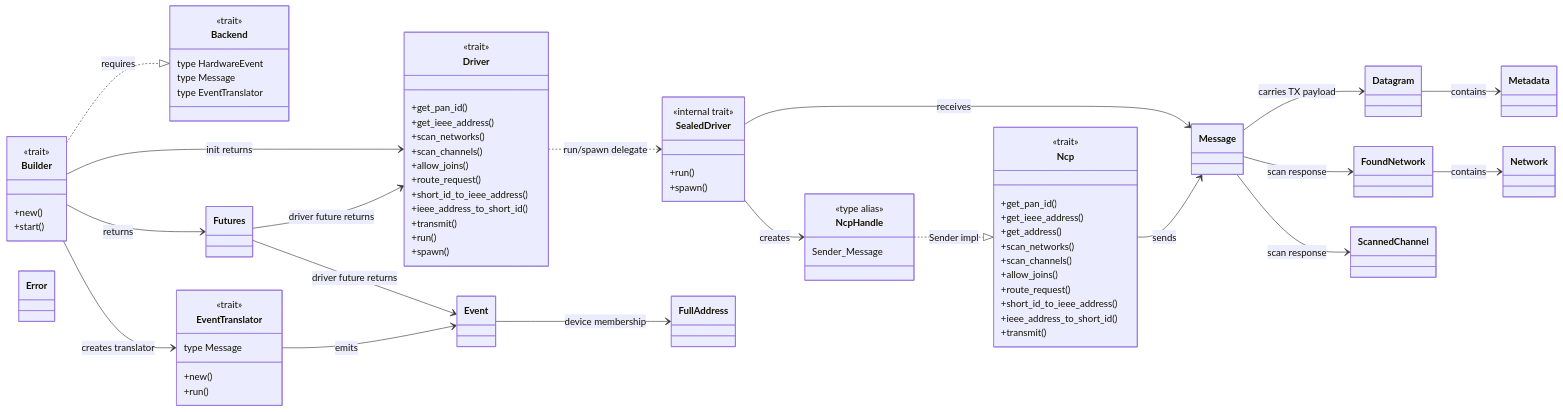
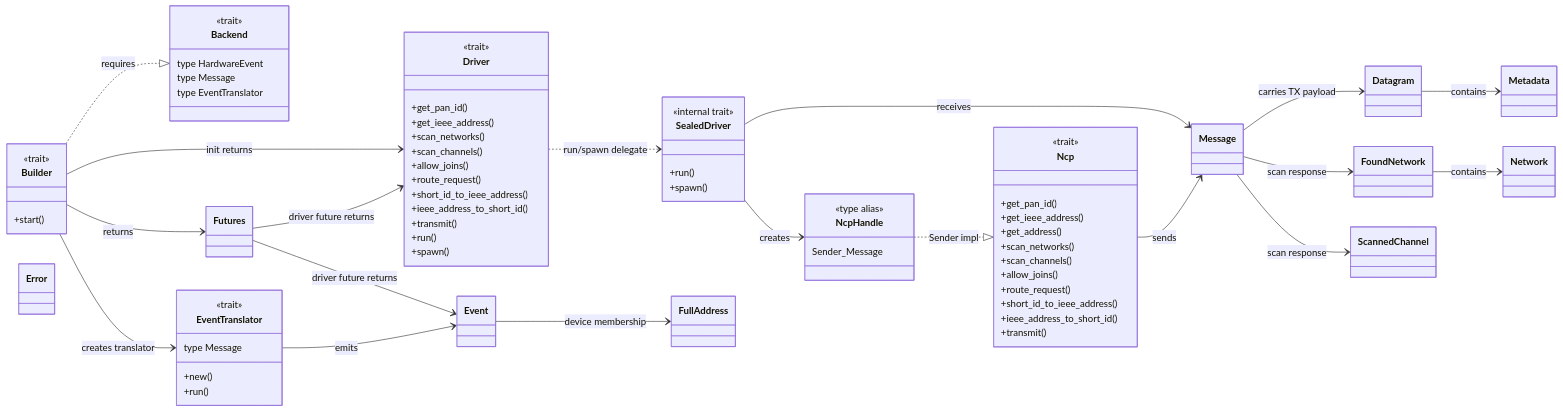
Before and after one commit to PaulmannLighting/apis-saltans: the first of 4 diagrams in hw/ARCHITECTURE.md, drawn with Mermaid. The commit also changed other lines of this file and 8 other files, not shown here.

```diff
--- a/hw/ARCHITECTURE.md
+++ b/hw/ARCHITECTURE.md
@@ -77,7 +78,6 @@
 
     class Builder {
         <<trait>>
-        +new()
         +start()
     }
 
```
